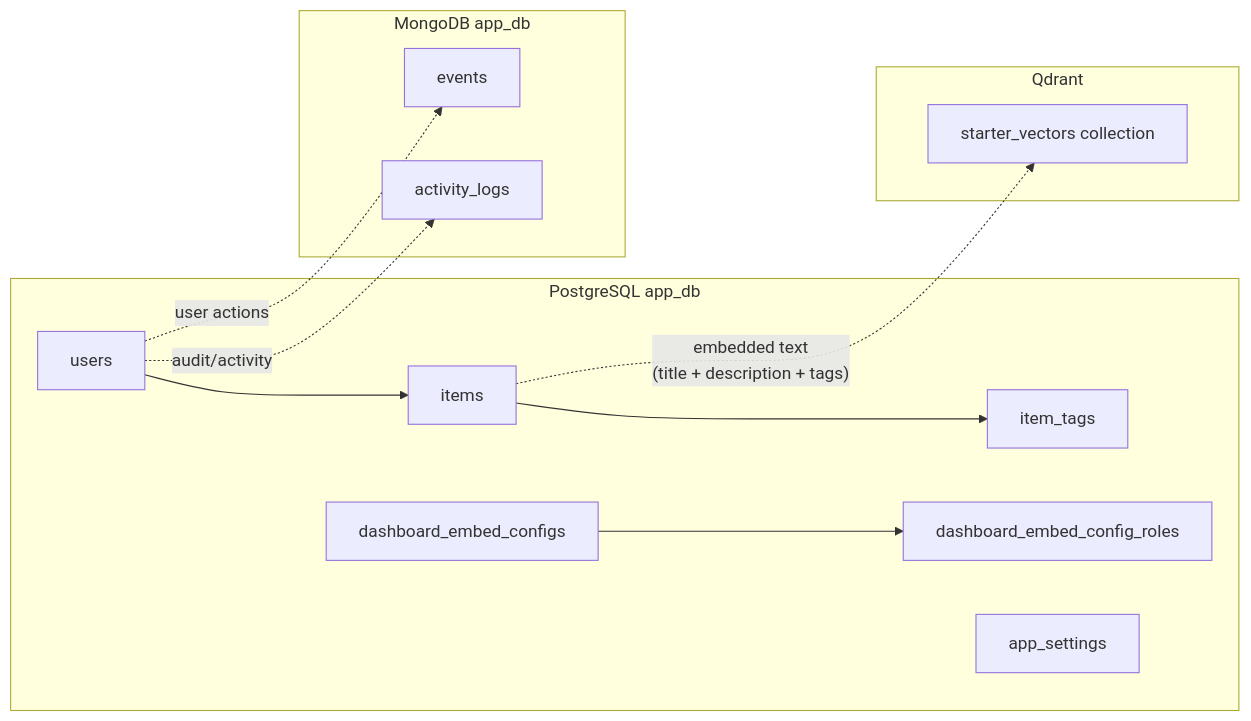
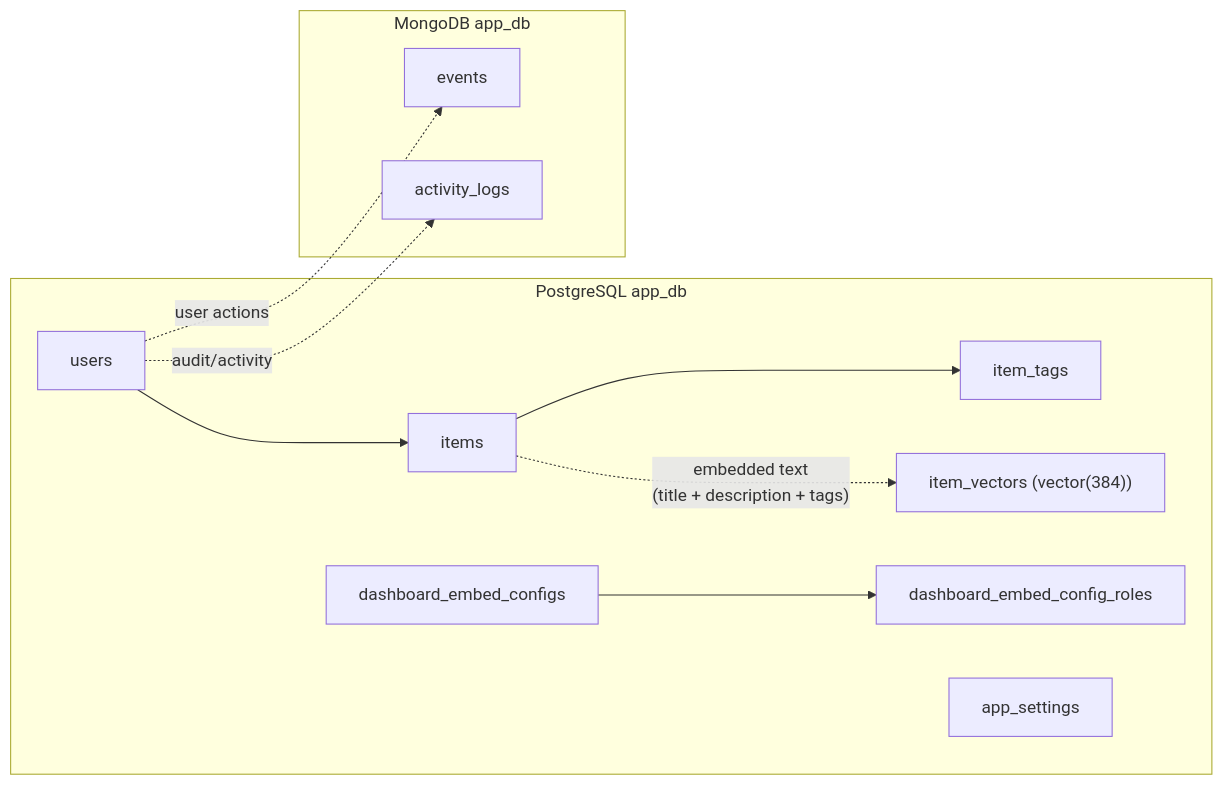
One commit to GrahamCHill/Meshable-Ops changed the second of 2 diagrams in docs/database-layout.md. Above: the diagram before and after it, drawn with Mermaid. The commit also changed other lines of this file and 20 other files, not shown here.

````diff
--- a/docs/database-layout.md
+++ b/docs/database-layout.md
@@ -91,28 +89,25 @@
 ```mermaid
 flowchart LR
     subgraph postgres["PostgreSQL app_db"]
         users["users"]
         items["items"]
         itemTags["item_tags"]
+        itemVectors["item_vectors (vector(384))"]
         embedConfigs["dashboard_embed_configs"]
         embedRoles["dashboard_embed_config_roles"]
         appSettings["app_settings"]
     end
 
     subgraph mongo["MongoDB app_db"]
         events["events"]
         activityLogs["activity_logs"]
     end
 
-    subgraph qdrant["Qdrant"]
-        starterVectors["starter_vectors collection"]
-    end
-
     users --> items
     items --> itemTags
     embedConfigs --> embedRoles
 
-    items -. "embedded text\n(title + description + tags)" .-> starterVectors
+    items -. "embedded text\n(title + description + tags)" .-> itemVectors
     users -. "user actions" .-> events
     users -. "audit/activity" .-> activityLogs
 ```
````
